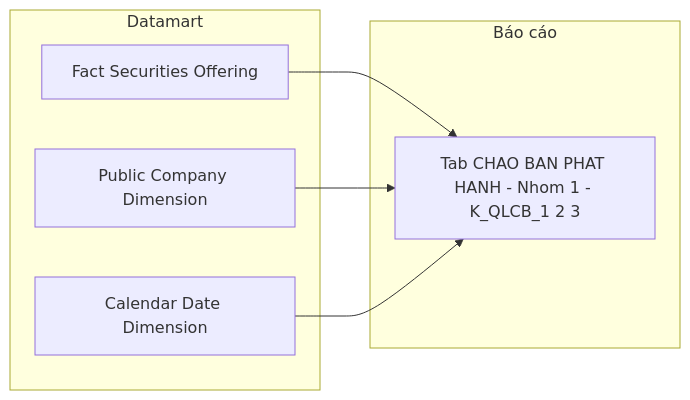
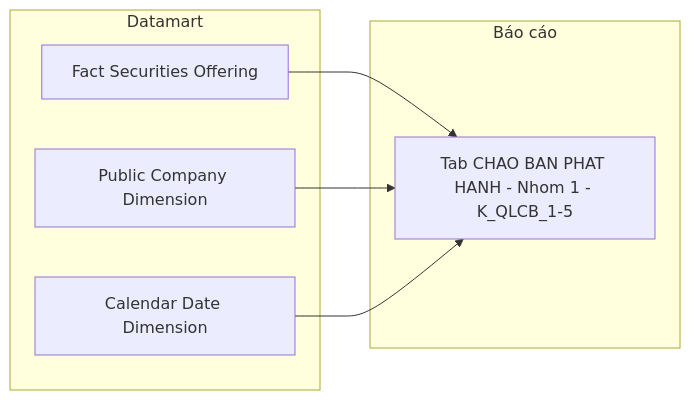
One commit to linhlvit/ubck_atomic_design changed the seventh of 22 diagrams in Datamart/hld/DTM_QLCB_HLD.md. Above: the diagram before and after it, drawn with Mermaid. The commit also changed other lines of this file and 17 other files, not shown here.

````diff
--- a/Datamart/hld/DTM_QLCB_HLD.md
+++ b/Datamart/hld/DTM_QLCB_HLD.md
@@ -254,14 +323,14 @@
 ```mermaid
 flowchart LR
     subgraph Datamart["Datamart"]
         G1["Fact Securities Offering"]
         G2["Public Company Dimension"]
         G4["Calendar Date Dimension"]
     end
     subgraph RPT["Báo cáo"]
-        R1["Tab CHAO BAN PHAT HANH - Nhom 1 - K_QLCB_1 2 3"]
+        R1["Tab CHAO BAN PHAT HANH - Nhom 1 - K_QLCB_1-5"]
     end
     G1 --> R1
     G2 --> R1
     G4 --> R1
 ```
````
